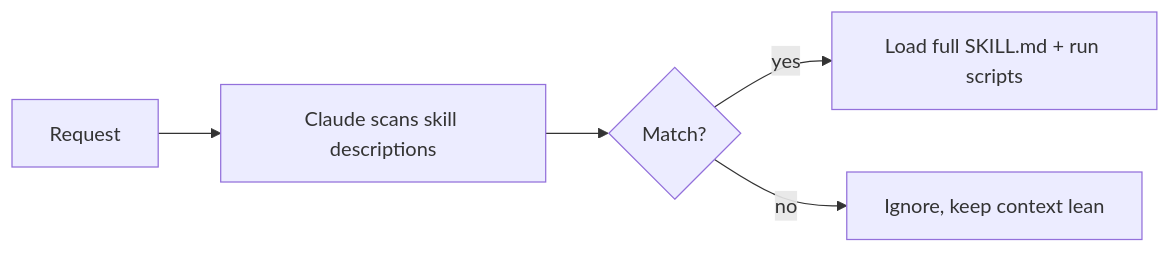
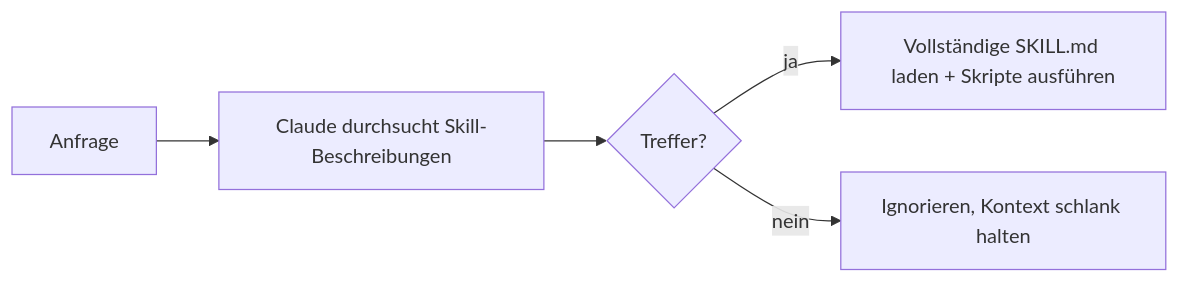
The diagram in i18n/de/docusaurus-plugin-content-docs/current/claude-code/skills.mdx (derob98/ailmanac), drawn with Mermaid before and after one commit. The commit also changed other lines of this file and 43 other files, not shown here.

````diff
--- a/i18n/de/docusaurus-plugin-content-docs/current/claude-code/skills.mdx
+++ b/i18n/de/docusaurus-plugin-content-docs/current/claude-code/skills.mdx
@@ -36,7 +36,7 @@
 ```mermaid
 flowchart LR
-  A[Request] --> B[Claude scans skill descriptions]
-  B --> C{Match?}
-  C -->|yes| D[Load full SKILL.md + run scripts]
-  C -->|no| E[Ignore, keep context lean]
+  A[Anfrage] --> B[Claude durchsucht Skill-Beschreibungen]
+  B --> C{Treffer?}
+  C -->|ja| D[Vollständige SKILL.md laden + Skripte ausführen]
+  C -->|nein| E[Ignorieren, Kontext schlank halten]
 ```
````
